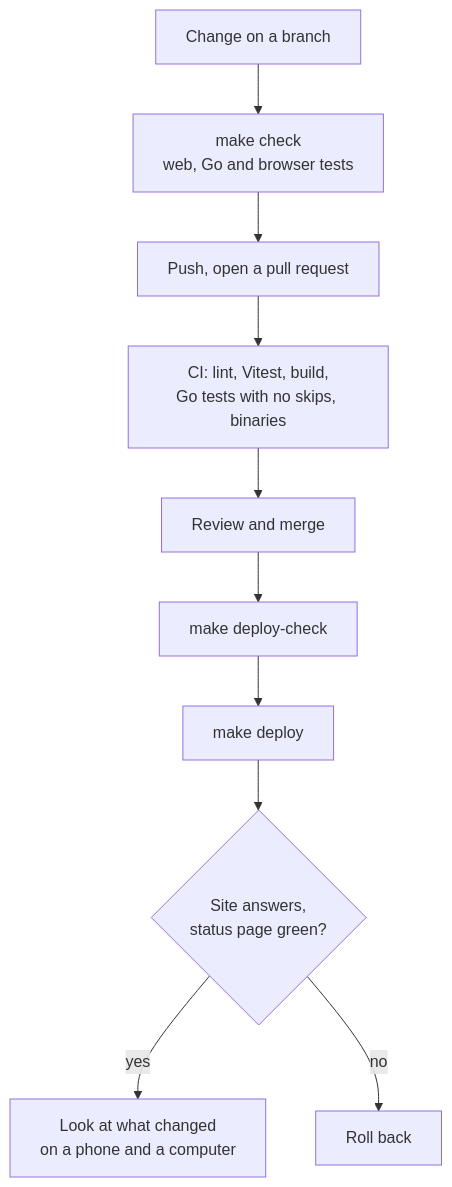
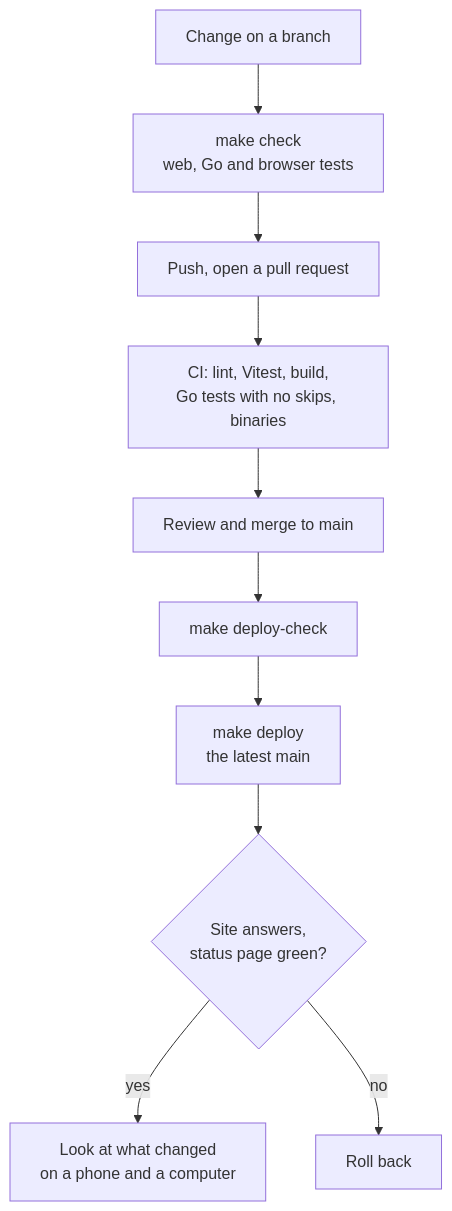
Before and after one commit to himanshu-kr-jha/teamup.sh: the first of 2 diagrams in docs/BUILD-AND-DEPLOY.md, drawn with Mermaid. The commit also changed other lines of this file and 4 other files, not shown here.

First line of the commit message:
chore: deploy only from main

````diff
--- a/docs/BUILD-AND-DEPLOY.md
+++ b/docs/BUILD-AND-DEPLOY.md
@@ -8,12 +8,12 @@
 ```mermaid
 flowchart TD
   A[Change on a branch] --> B[make check<br/>web, Go and browser tests]
   B --> C[Push, open a pull request]
   C --> D[CI: lint, Vitest, build,<br/>Go tests with no skips, binaries]
-  D --> E[Review and merge]
+  D --> E[Review and merge to main]
   E --> F[make deploy-check]
-  F --> G[make deploy]
+  F --> G[make deploy<br/>the latest main]
   G --> H{Site answers,<br/>status page green?}
   H -- yes --> I[Look at what changed<br/>on a phone and a computer]
   H -- no --> J[Roll back]
 ```
````
